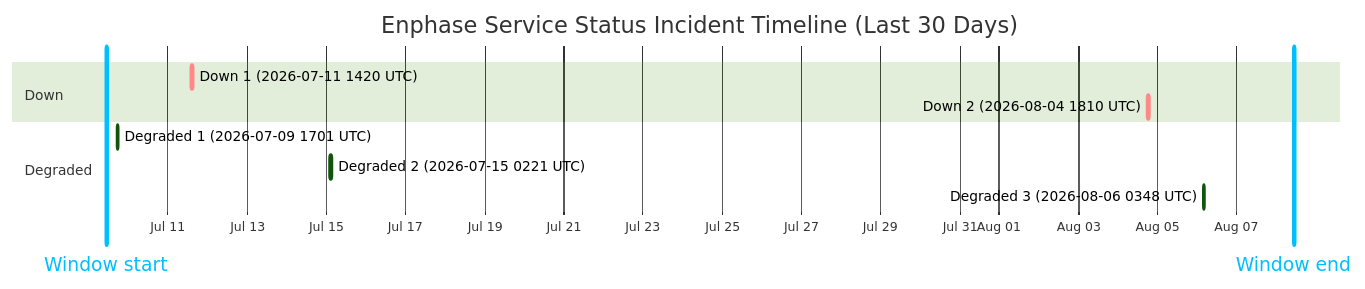
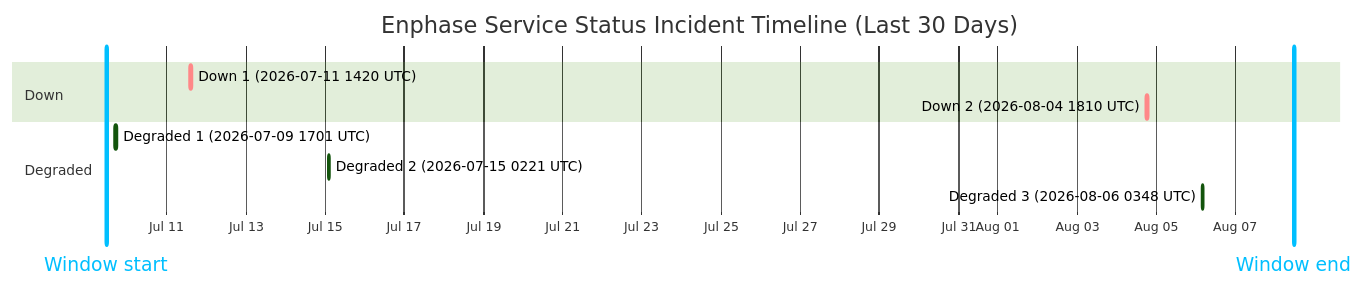
One commit to barneyonline/ha-enphase-energy changed the diagram in wiki/Service-Status-History.md. Above: the diagram before and after it, drawn with Mermaid (forest theme). The commit also changed other lines of this file and 3 other files, not shown here.

````diff
--- a/wiki/Service-Status-History.md
+++ b/wiki/Service-Status-History.md
@@ -14,15 +14,15 @@
 ```mermaid
 gantt
     title Enphase Service Status Incident Timeline (Last 30 Days)
     dateFormat  YYYY-MM-DDTHH:mm:ss
     axisFormat  %b %d
-    Window start :vert, window-start, 2026-07-09T10:30:43, 0ms
-    Window end :vert, window-end, 2026-08-08T10:30:43, 0ms
+    Window start :vert, window-start, 2026-07-09T11:26:20, 0ms
+    Window end :vert, window-end, 2026-08-08T11:26:20, 0ms
     section Down
     Down 1 (2026-07-11 1420 UTC) :crit, down-1, 2026-07-11T14:20:54, 69m
     Down 2 (2026-08-04 1810 UTC) :crit, down-2, 2026-08-04T18:10:46, 60m
     section Degraded
     Degraded 1 (2026-07-09 1701 UTC) :active, degraded-1, 2026-07-09T17:01:02, 60m
     Degraded 2 (2026-07-15 0221 UTC) :active, degraded-2, 2026-07-15T02:21:35, 60m
     Degraded 3 (2026-08-06 0348 UTC) :active, degraded-3, 2026-08-06T03:48:14, 60m
 ```
````
